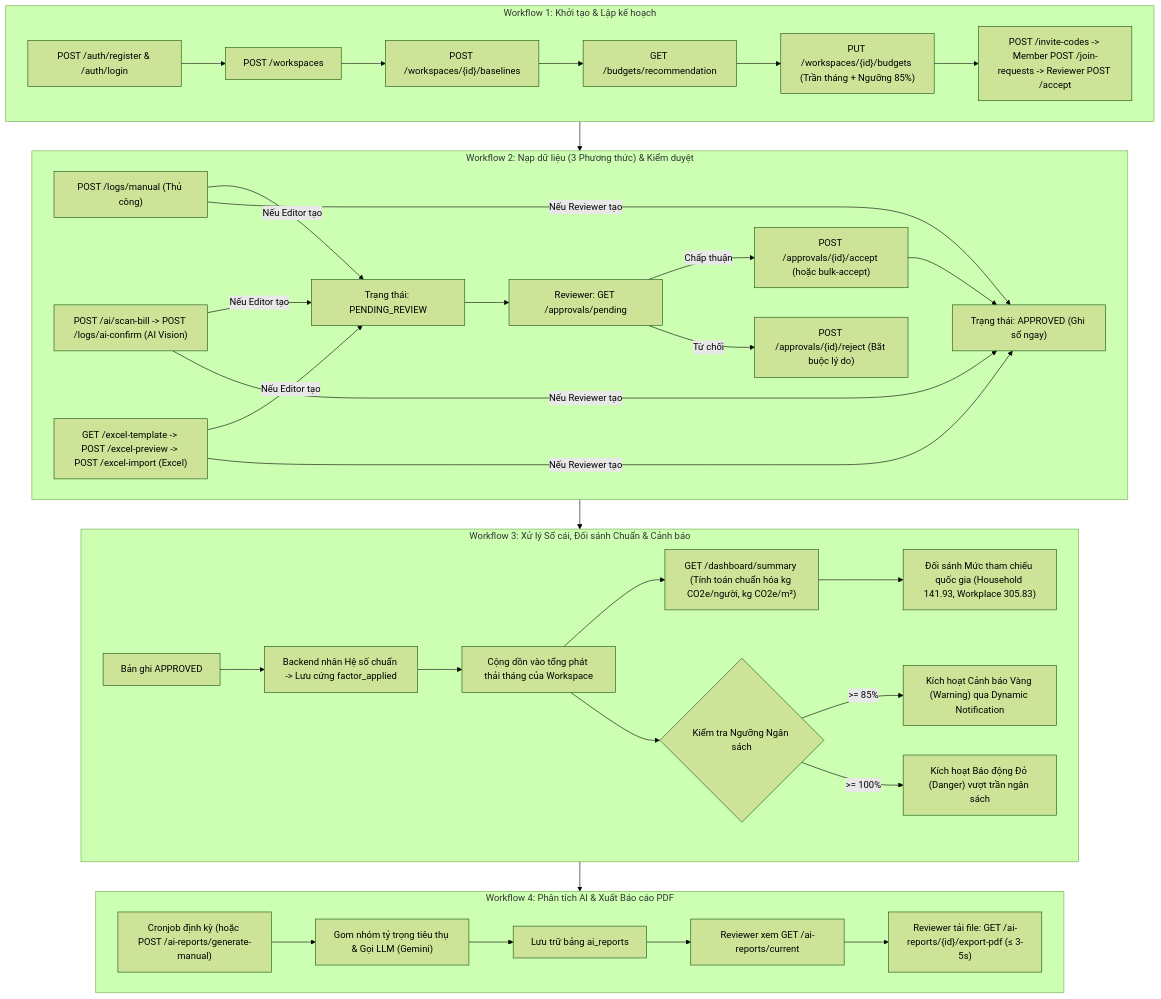
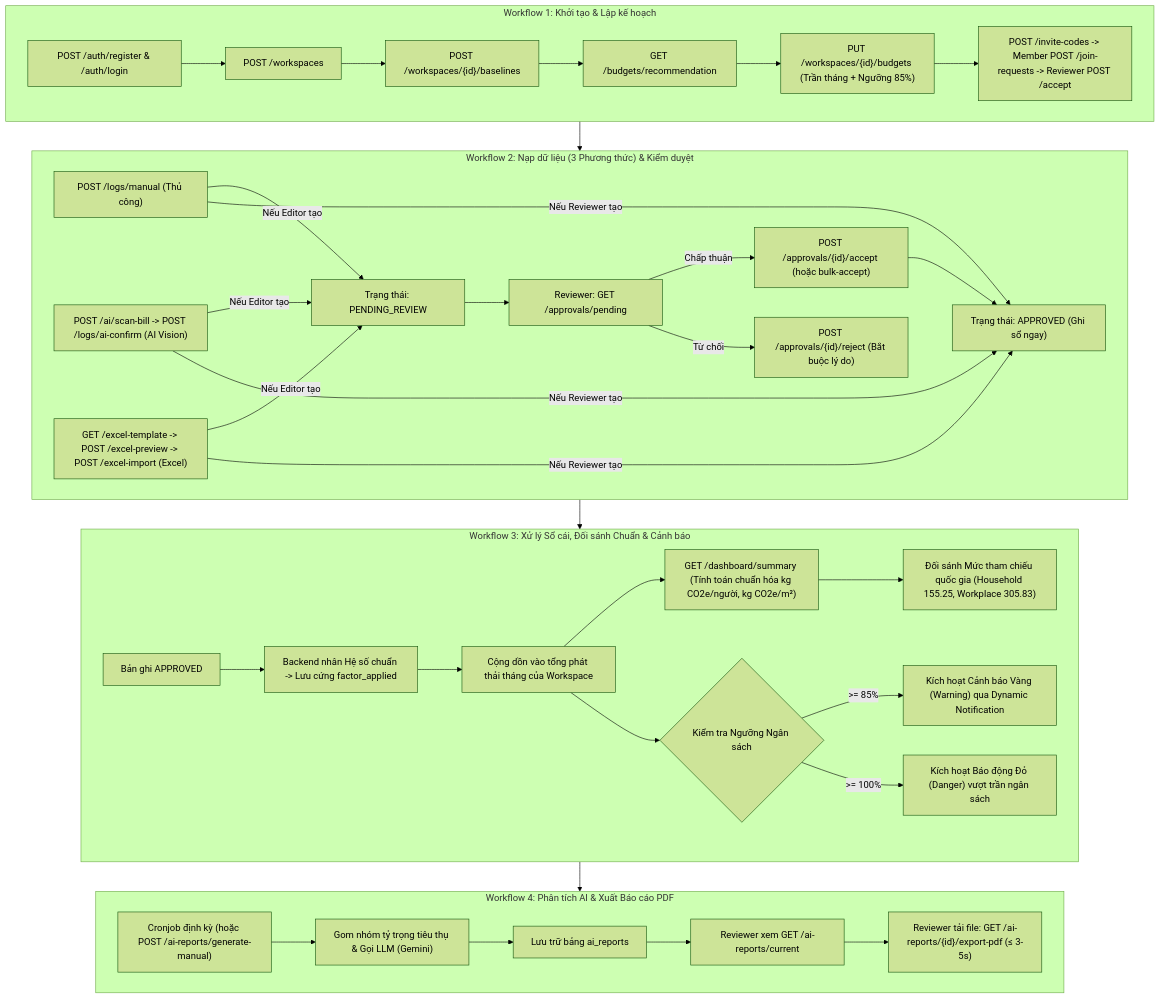
The diagram in docs/api-schema/api-schema.md (DatTienNguyenn/PMDC-BATCH4-DATNT250), drawn with Mermaid (forest theme) before and after one commit. The commit also changed other lines of this file and 9 other files, not shown here.

````diff
--- a/docs/api-schema/api-schema.md
+++ b/docs/api-schema/api-schema.md
@@ -1671,41 +1671,41 @@
 ```mermaid
 flowchart TD
     subgraph Flow1["Workflow 1: Khởi tạo & Lập kế hoạch"]
         F1_1["POST /auth/register & /auth/login"] --> F1_2["POST /workspaces"]
         F1_2 --> F1_3["POST /workspaces/{id}/baselines"]
         F1_3 --> F1_4["GET /budgets/recommendation"]
         F1_4 --> F1_5["PUT /workspaces/{id}/budgets (Trần tháng + Ngưỡng 85%)"]
         F1_5 --> F1_6["POST /invite-codes -> Member POST /join-requests -> Reviewer POST /accept"]
     end
 
     subgraph Flow2["Workflow 2: Nạp dữ liệu (3 Phương thức) & Kiểm duyệt"]
         F2_1["POST /logs/manual (Thủ công)"]
         F2_2["POST /ai/scan-bill -> POST /logs/ai-confirm (AI Vision)"]
         F2_3["GET /excel-template -> POST /excel-preview -> POST /excel-import (Excel)"]
         F2_1 & F2_2 & F2_3 -->|Nếu Editor tạo| F2_4["Trạng thái: PENDING_REVIEW"]
         F2_1 & F2_2 & F2_3 -->|Nếu Reviewer tạo| F2_5["Trạng thái: APPROVED (Ghi sổ ngay)"]
         F2_4 --> F2_6["Reviewer: GET /approvals/pending"]
         F2_6 -->|Chấp thuận| F2_7["POST /approvals/{id}/accept (hoặc bulk-accept)"]
         F2_6 -->|Từ chối| F2_8["POST /approvals/{id}/reject (Bắt buộc lý do)"]
         F2_7 --> F2_5
     end
 
     subgraph Flow3["Workflow 3: Xử lý Sổ cái, Đối sánh Chuẩn & Cảnh báo"]
         F3_1["Bản ghi APPROVED"] --> F3_2["Backend nhân Hệ số chuẩn -> Lưu cứng factor_applied"]
         F3_2 --> F3_3["Cộng dồn vào tổng phát thải tháng của Workspace"]
         F3_3 --> F3_4["GET /dashboard/summary (Tính toán chuẩn hóa kg CO2e/người, kg CO2e/m²)"]
-        F3_4 --> F3_5["Đối sánh Mức tham chiếu quốc gia (Household 141.93, Workplace 305.83)"]
+        F3_4 --> F3_5["Đối sánh Mức tham chiếu quốc gia (Household 155.25, Workplace 305.83)"]
         F3_3 --> F3_6{"Kiểm tra Ngưỡng Ngân sách"}
         F3_6 -->|>= 85%| F3_7["Kích hoạt Cảnh báo Vàng (Warning) qua Dynamic Notification"]
         F3_6 -->|>= 100%| F3_8["Kích hoạt Báo động Đỏ (Danger) vượt trần ngân sách"]
     end
 
     subgraph Flow4["Workflow 4: Phân tích AI & Xuất Báo cáo PDF"]
         F4_1["Cronjob định kỳ (hoặc POST /ai-reports/generate-manual)"] --> F4_2["Gom nhóm tỷ trọng tiêu thụ & Gọi LLM (Gemini)"]
         F4_2 --> F4_3["Lưu trữ bảng ai_reports"]
         F4_3 --> F4_4["Reviewer xem GET /ai-reports/current"]
         F4_4 --> F4_5["Reviewer tải file: GET /ai-reports/{id}/export-pdf (≤ 3-5s)"]
     end
 
     Flow1 --> Flow2 --> Flow3 --> Flow4
 ```
````
